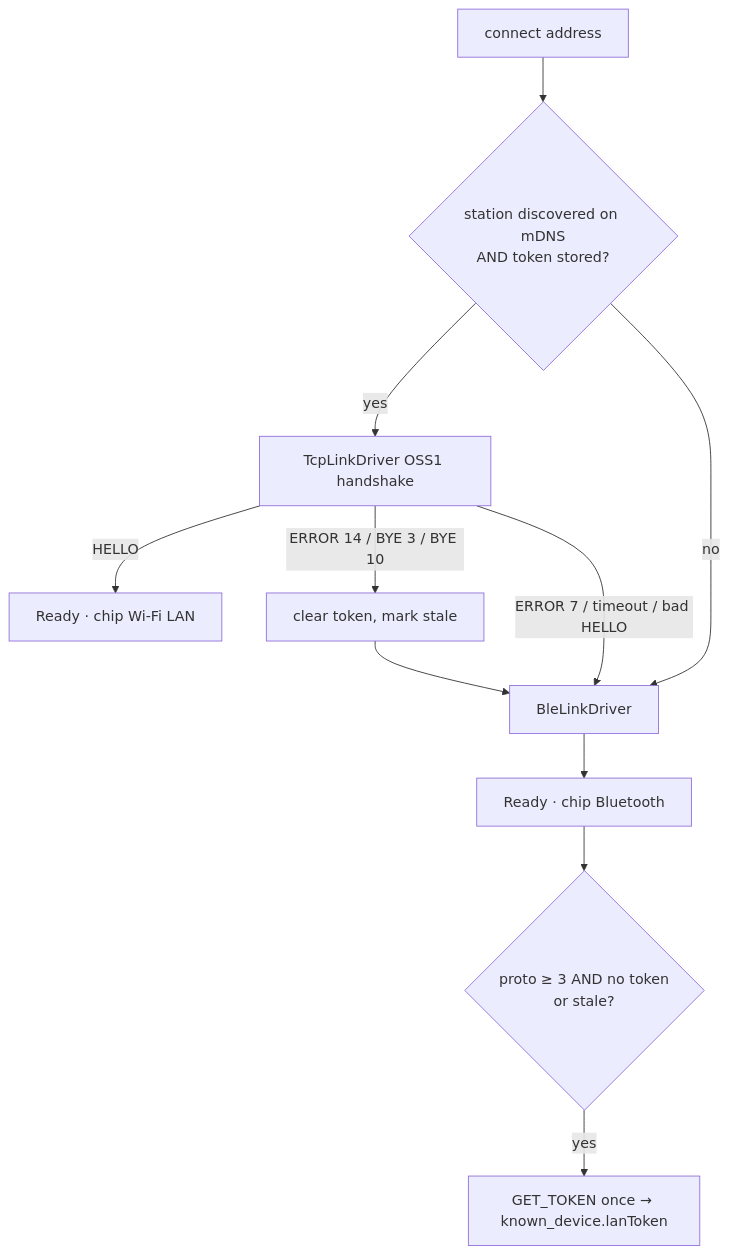
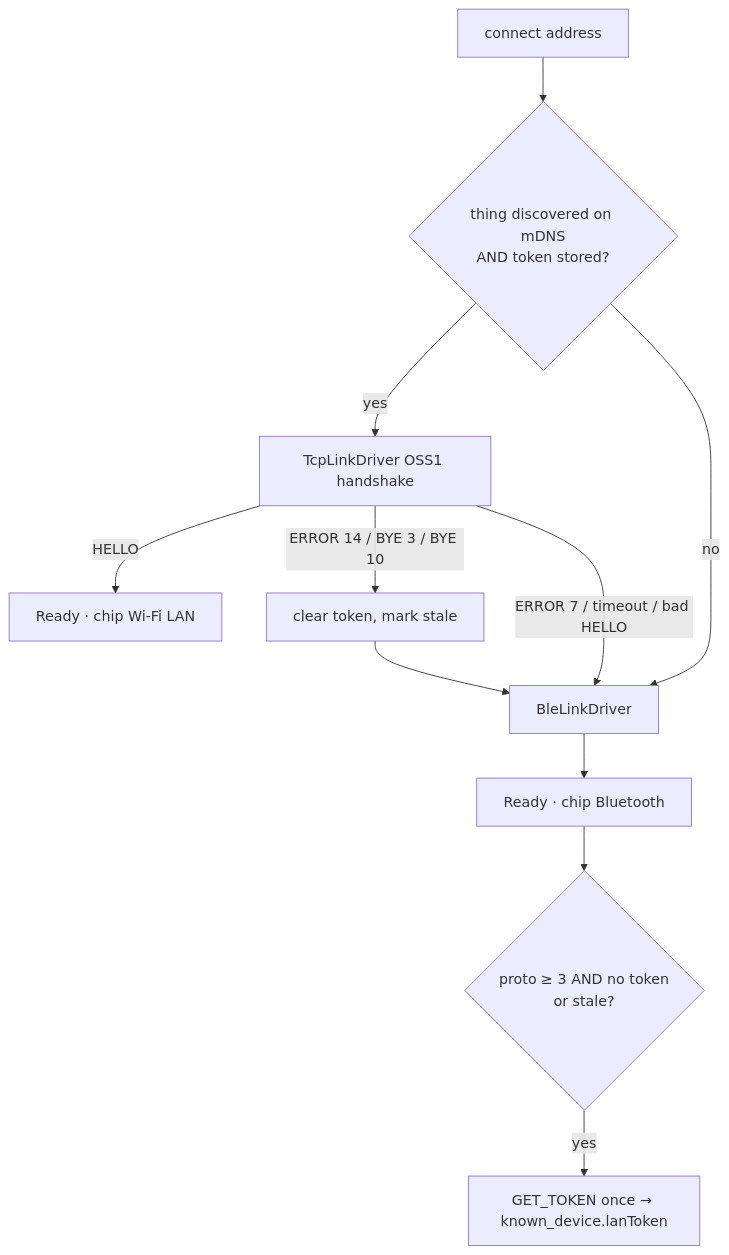
One commit to walkthru-earth/opensensor-space-mobile changed the first of 2 diagrams in docs/transports.md. Above: the diagram before and after it, drawn with Mermaid. The commit also changed other lines of this file and 348 other files, not shown here.

````diff
--- a/docs/transports.md
+++ b/docs/transports.md
@@ -9,12 +9,12 @@
 ```mermaid
 flowchart TD
-  C[connect address] --> Q{station discovered on mDNS<br/>AND token stored?}
+  C[connect address] --> Q{thing discovered on mDNS<br/>AND token stored?}
   Q -- yes --> L[TcpLinkDriver OSS1 handshake]
   L -- HELLO --> R[Ready · chip Wi-Fi LAN]
   L -- ERROR 14 / BYE 3 / BYE 10 --> X[clear token, mark stale] --> B
   L -- ERROR 7 / timeout / bad HELLO --> B[BleLinkDriver]
   Q -- no --> B
   B --> R2[Ready · chip Bluetooth]
   R2 --> T{proto ≥ 3 AND no token<br/>or stale?}
   T -- yes --> G[GET_TOKEN once → known_device.lanToken]
 ```
````
